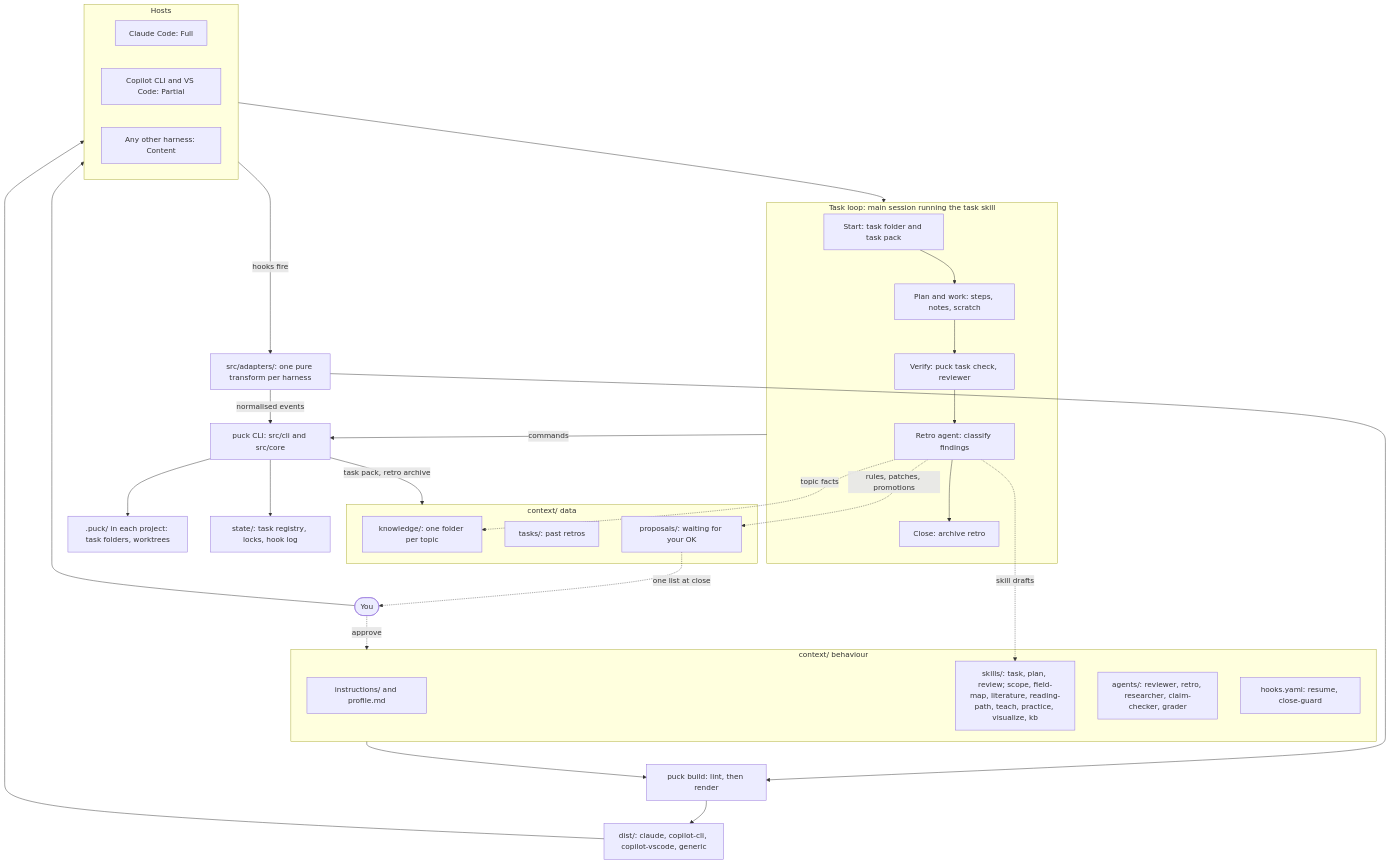
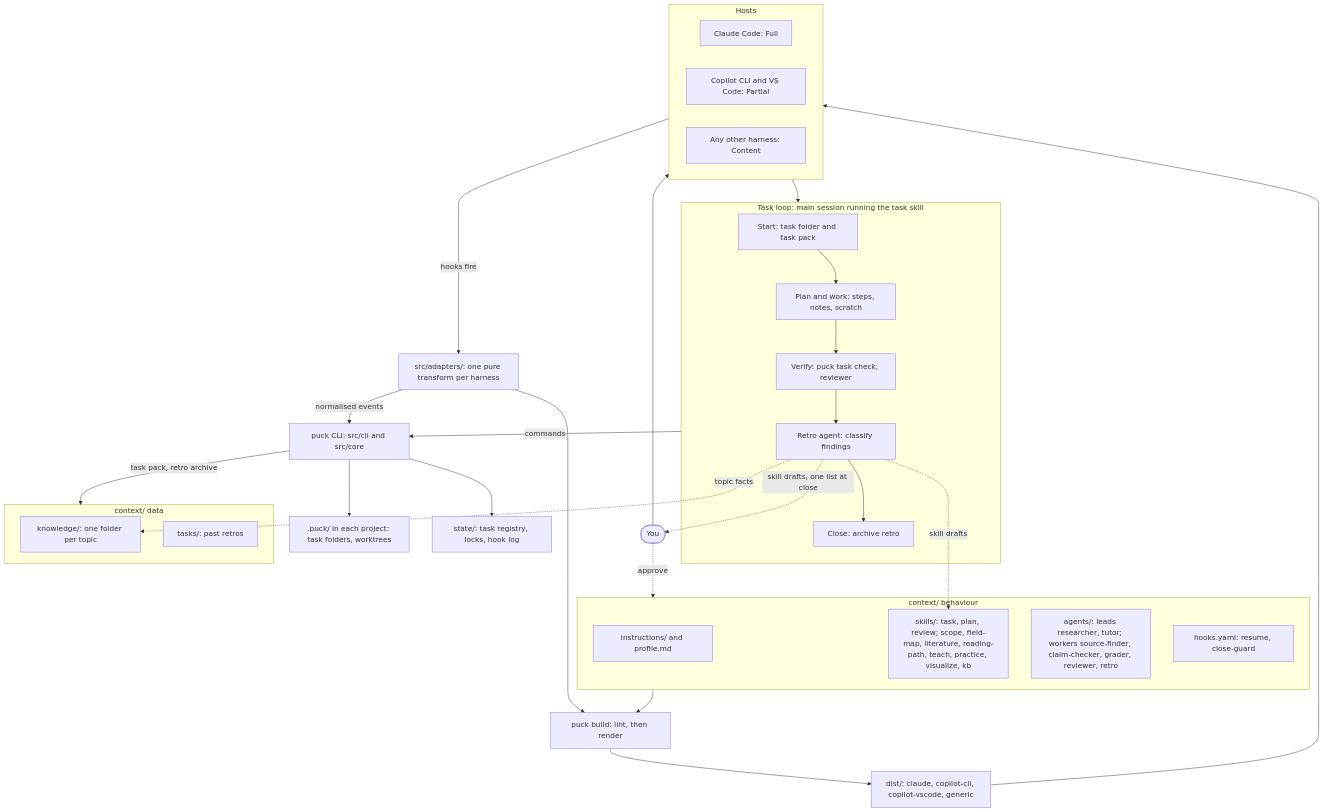
Before and after one commit to DouglasBergamim/puck: the diagram in docs/design.md, drawn with Mermaid. The commit also changed other lines of this file and 72 other files, not shown here.

````diff
--- a/docs/design.md
+++ b/docs/design.md
@@ -93,60 +93,58 @@
 ```mermaid
 flowchart TB
     you(["You"])
 
     subgraph behaviour["context/ behaviour"]
         rules["instructions/ and profile.md"]
         skills["skills/: task, plan, review; scope, field-map, literature, reading-path, teach, practice, visualize, kb"]
-        agents["agents/: reviewer, retro, researcher, claim-checker, grader"]
+        agents["agents/: leads researcher, tutor; workers source-finder, claim-checker, grader, reviewer, retro"]
         hookrules["hooks.yaml: resume, close-guard"]
     end
 
     adapters["src/adapters/: one pure transform per harness"]
     build["puck build: lint, then render"]
     dist["dist/: claude, copilot-cli, copilot-vscode, generic"]
 
     subgraph hosts["Hosts"]
         claude["Claude Code: Full"]
         copilot["Copilot CLI and VS Code: Partial"]
         generic["Any other harness: Content"]
     end
 
     subgraph loop["Task loop: main session running the task skill"]
         start["Start: task folder and task pack"]
         work["Plan and work: steps, notes, scratch"]
         verify["Verify: puck task check, reviewer"]
         retro["Retro agent: classify findings"]
         finish["Close: archive retro"]
         start --> work --> verify --> retro --> finish
     end
 
     cli["puck CLI: src/cli and src/core"]
 
     project[".puck/ in each project: task folders, worktrees"]
     state["state/: task registry, locks, hook log"]
 
     subgraph data["context/ data"]
         knowledge["knowledge/: one folder per topic"]
         archive["tasks/: past retros"]
-        proposals["proposals/: waiting for your OK"]
     end
 
     behaviour --> build
     adapters --> build
     build --> dist
     dist --> hosts
     you --> hosts
     hosts --> loop
     hosts -- "hooks fire" --> adapters
     adapters -- "normalised events" --> cli
     loop -- "commands" --> cli
     cli --> project
     cli --> state
     cli -- "task pack, retro archive" --> data
 
     retro -. "skill drafts" .-> skills
     retro -. "topic facts" .-> knowledge
-    retro -. "rules, patches, promotions" .-> proposals
-    proposals -. "one list at close" .-> you
+    retro -. "skill drafts, one list at close" .-> you
     you -. "approve" .-> behaviour
 ```
````
